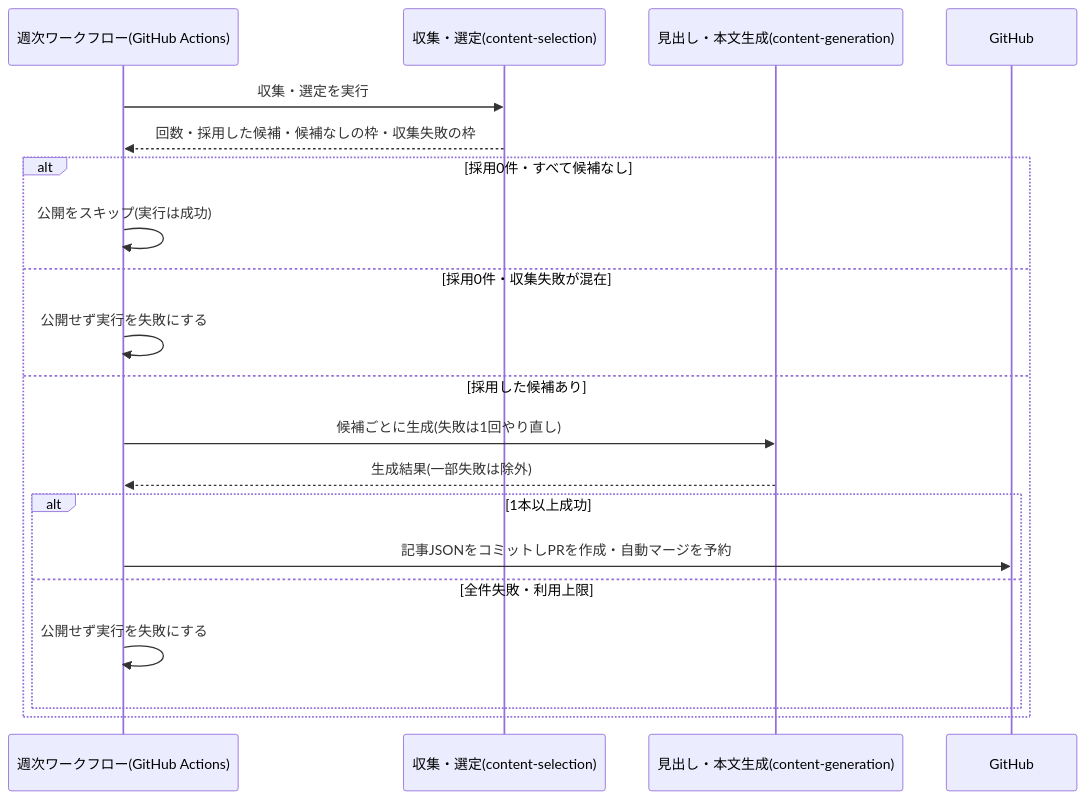
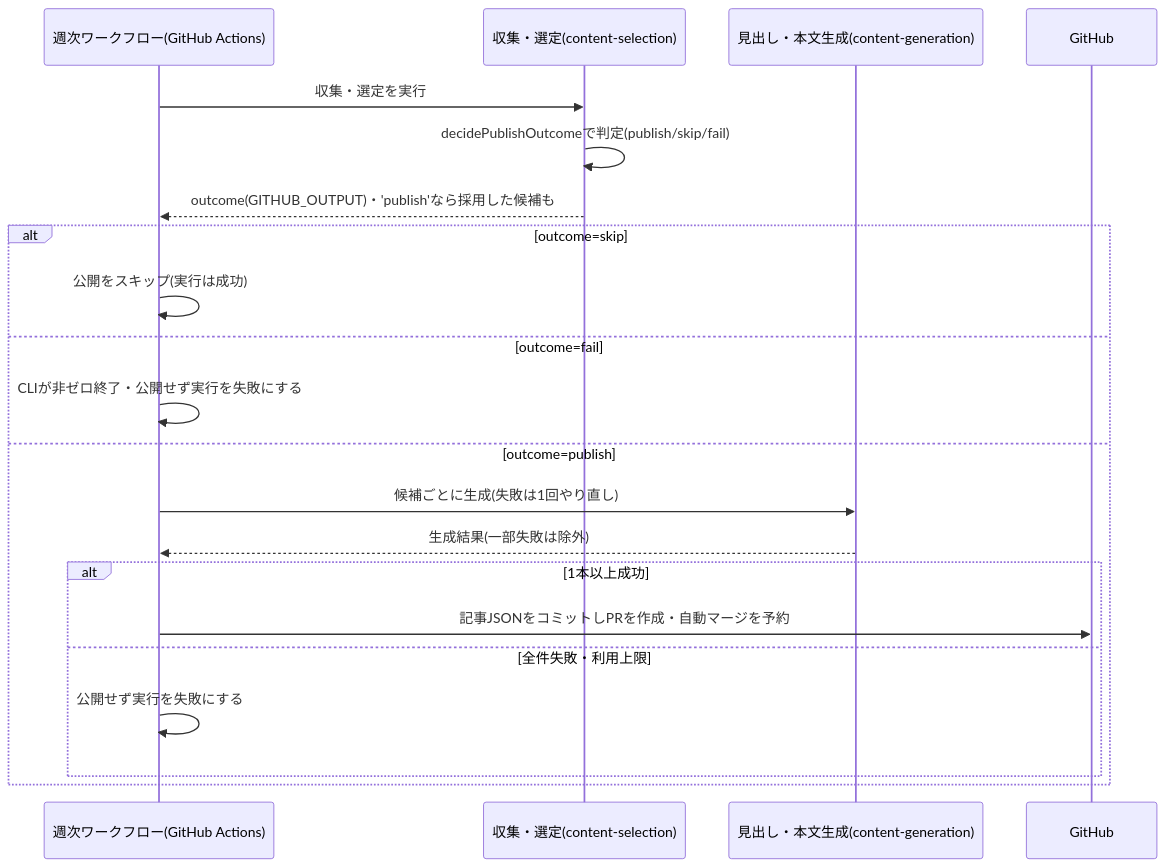
Before and after one commit to zakiyama0108/benriyatool: the diagram in specs/future-digest/weekly-publish/design.md, drawn with Mermaid. The commit also changed other lines of this file and 7 other files, not shown here.

````diff
--- a/specs/future-digest/weekly-publish/design.md
+++ b/specs/future-digest/weekly-publish/design.md
@@ -32,23 +32,24 @@
 ```mermaid
 sequenceDiagram
     participant actions as 週次ワークフロー(GitHub Actions)
     participant select as 収集・選定(content-selection)
     participant gen as 見出し・本文生成(content-generation)
     participant gh as GitHub
 
     actions ->> select: 収集・選定を実行
-    select -->> actions: 回数・採用した候補・候補なしの枠・収集失敗の枠
-    alt 採用0件・すべて候補なし
+    select ->> select: decidePublishOutcomeで判定(publish/skip/fail)
+    select -->> actions: outcome(GITHUB_OUTPUT)・'publish'なら採用した候補も
+    alt outcome=skip
         actions ->> actions: 公開をスキップ(実行は成功)
-    else 採用0件・収集失敗が混在
-        actions ->> actions: 公開せず実行を失敗にする
-    else 採用した候補あり
+    else outcome=fail
+        actions ->> actions: CLIが非ゼロ終了・公開せず実行を失敗にする
+    else outcome=publish
         actions ->> gen: 候補ごとに生成(失敗は1回やり直し)
         gen -->> actions: 生成結果(一部失敗は除外)
         alt 1本以上成功
             actions ->> gh: 記事JSONをコミットしPRを作成・自動マージを予約
         else 全件失敗・利用上限
             actions ->> actions: 公開せず実行を失敗にする
         end
     end
 ```
````
